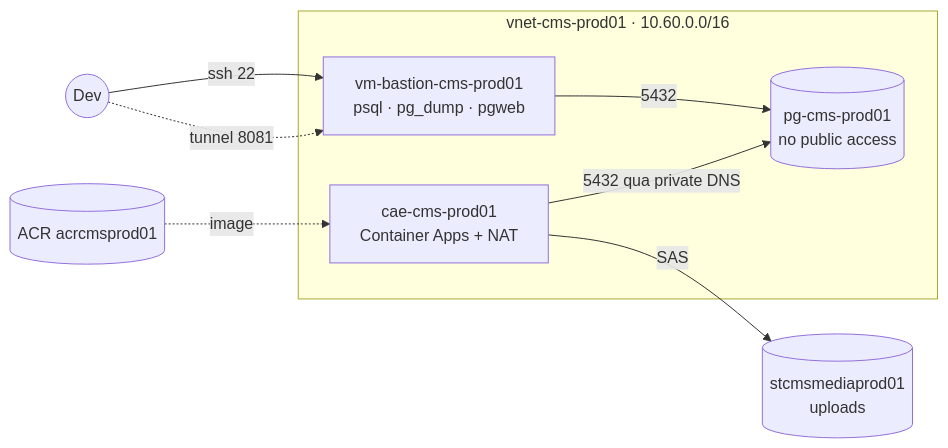
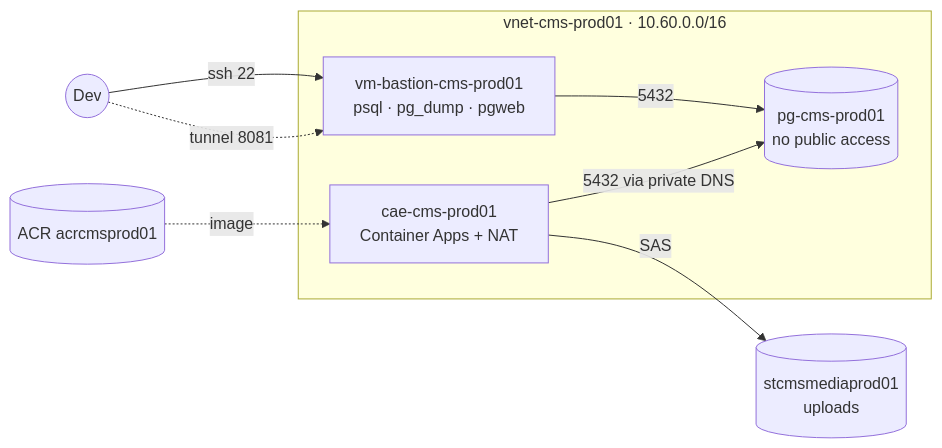
One commit to PhuPhuoc/azure_iac changed the second of 2 diagrams in README.md. Above: the diagram before and after it, drawn with Mermaid. The commit also changed other lines of this file, not shown here.

````diff
--- a/README.md
+++ b/README.md
@@ -26,14 +27,14 @@
 ```mermaid
 flowchart LR
   dev((Dev)) -- "ssh 22" --> bastion
   subgraph vnet["vnet-cms-prod01 · 10.60.0.0/16"]
     bastion["vm-bastion-cms-prod01<br/>psql · pg_dump · pgweb"]
     aca["cae-cms-prod01<br/>Container Apps + NAT"]
     pg[("pg-cms-prod01<br/>no public access")]
     bastion -- "5432" --> pg
-    aca -- "5432 qua private DNS" --> pg
+    aca -- "5432 via private DNS" --> pg
   end
   dev -. "tunnel 8081" .-> bastion
   aca -- "SAS" --> blob[("stcmsmediaprod01<br/>uploads")]
   acr[("ACR acrcmsprod01")] -. image .-> aca
 ```
````
